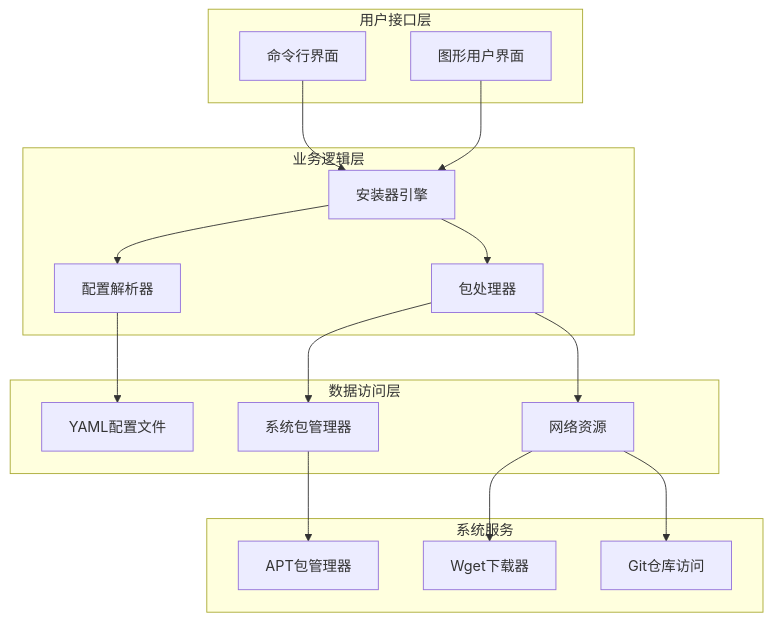
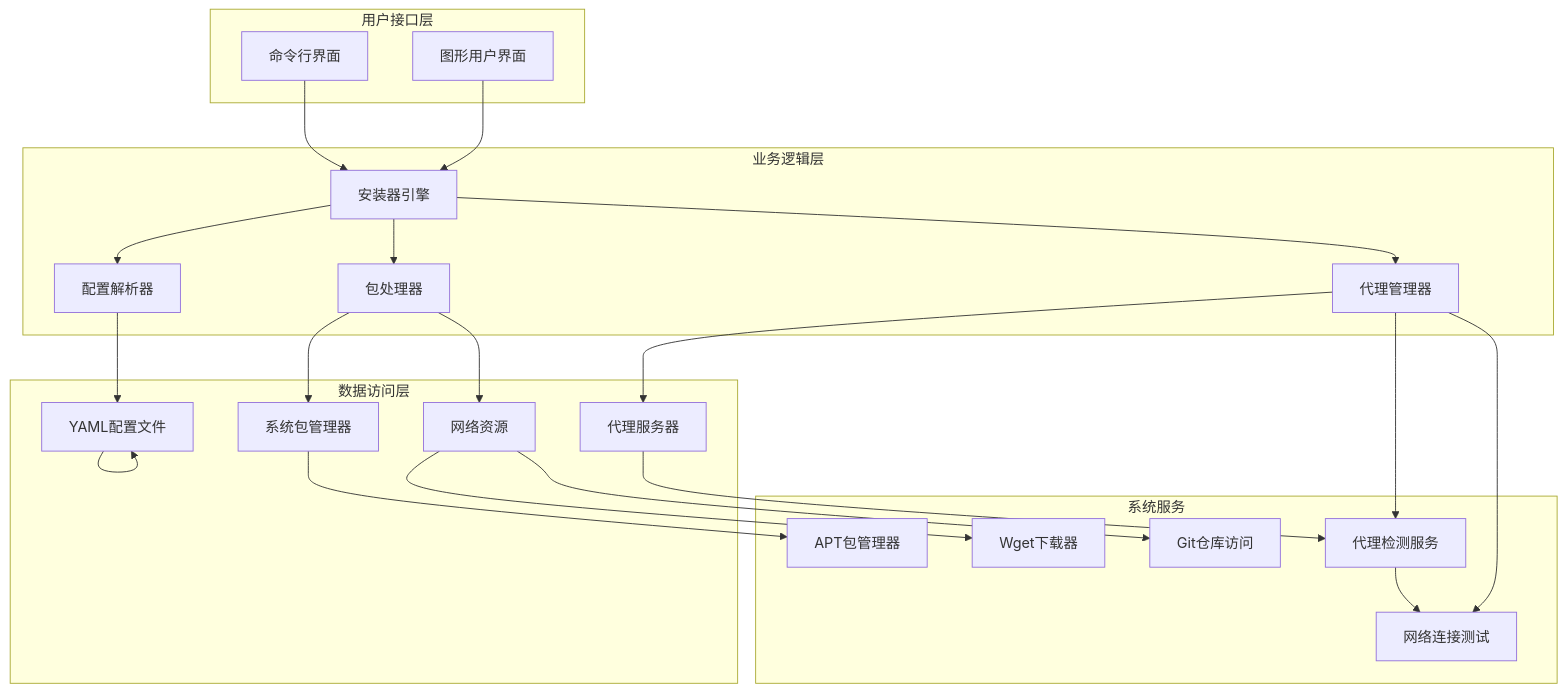
The second of 8 diagrams in .qoder/repowiki/zh/content/核心功能/软件包管理系统.md (firestrongarch/install), drawn with Mermaid before and after one commit. The commit also changed other lines of this file and 3 other files, not shown here.

````diff
--- a/.qoder/repowiki/zh/content/核心功能/软件包管理系统.md
+++ b/.qoder/repowiki/zh/content/核心功能/软件包管理系统.md
@@ -108,32 +121,43 @@
 ```mermaid
 graph TB
 subgraph "用户接口层"
 A[命令行界面]
 B[图形用户界面]
 end
 subgraph "业务逻辑层"
 C[安装器引擎]
 D[配置解析器]
 E[包处理器]
+F[代理管理器]
 end
 subgraph "数据访问层"
-F[YAML配置文件]
-G[系统包管理器]
-H[网络资源]
+G[YAML配置文件]
+H[系统包管理器]
+I[网络资源]
+J[代理服务器]
 end
 subgraph "系统服务"
-I[APT包管理器]
-J[Wget下载器]
-K[Git仓库访问]
+K[APT包管理器]
+L[Wget下载器]
+M[Git仓库访问]
+N[代理检测服务]
+O[网络连接测试]
 end
 A --> C
 B --> C
 C --> D
 C --> E
-D --> F
-E --> G
+C --> F
+D --> G
 E --> H
-G --> I
-H --> J
+E --> I
+F --> J
+F --> N
+F --> O
+G --> G
 H --> K
+I --> L
+I --> M
+J --> N
+N --> O
 ```
````
